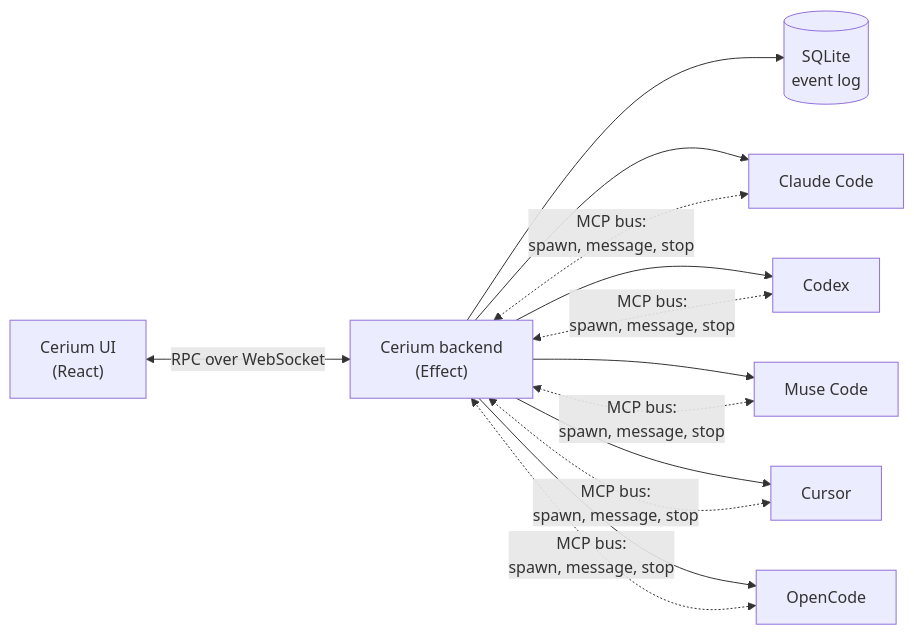
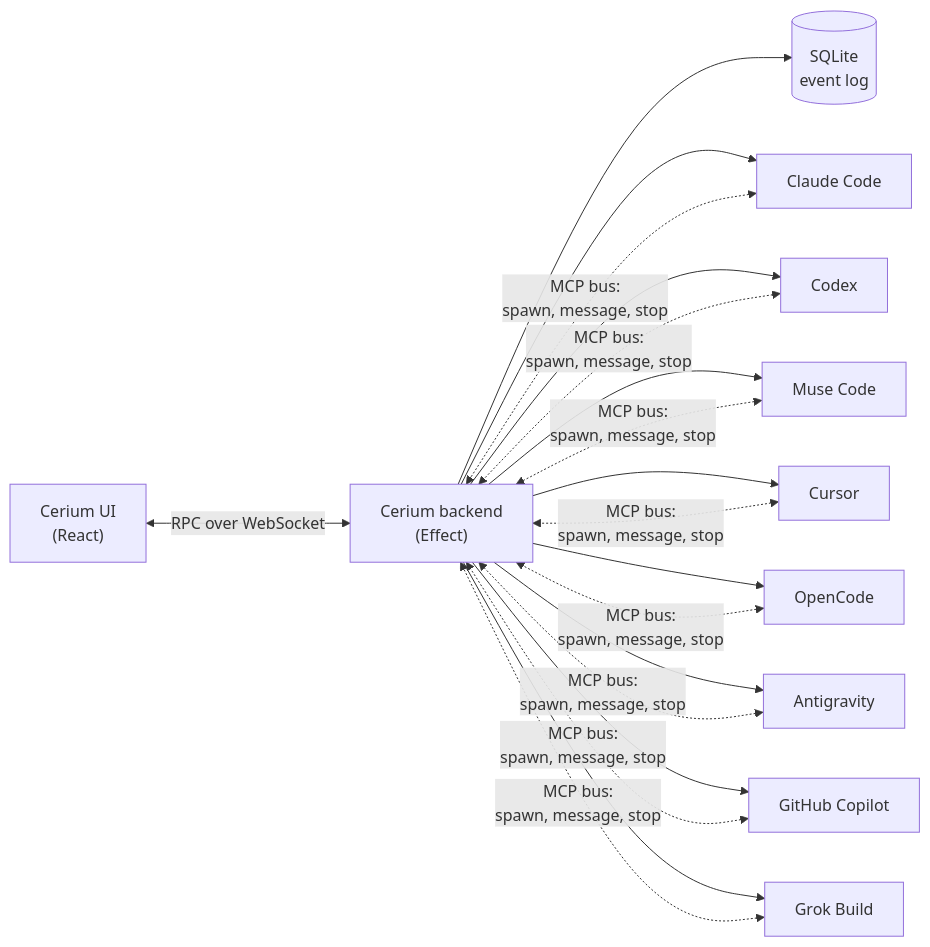
Before and after one commit to CeriumHQ/cerium: the diagram in README.md, drawn with Mermaid. The commit also changed other lines of this file and 64 other files, not shown here.

Commit message:
feat(harness): add Antigravity, GitHub Copilot and Grok Build

````diff
--- a/README.md
+++ b/README.md
@@ -128,11 +134,14 @@
 ```mermaid
 flowchart LR
   UI["Cerium UI<br/>(React)"] <-- "RPC over WebSocket" --> Backend["Cerium backend<br/>(Effect)"]
   Backend --> Store[("SQLite<br/>event log")]
   Backend --> Claude["Claude Code"]
   Backend --> Codex["Codex"]
   Backend --> Muse["Muse Code"]
   Backend --> Cursor["Cursor"]
   Backend --> OpenCode["OpenCode"]
-  Claude & Codex & Muse & Cursor & OpenCode <-. "MCP bus:<br/>spawn, message, stop" .-> Backend
+  Backend --> Antigravity["Antigravity"]
+  Backend --> Copilot["GitHub Copilot"]
+  Backend --> Grok["Grok Build"]
+  Claude & Codex & Muse & Cursor & OpenCode & Antigravity & Copilot & Grok <-. "MCP bus:<br/>spawn, message, stop" .-> Backend
 ```
````
